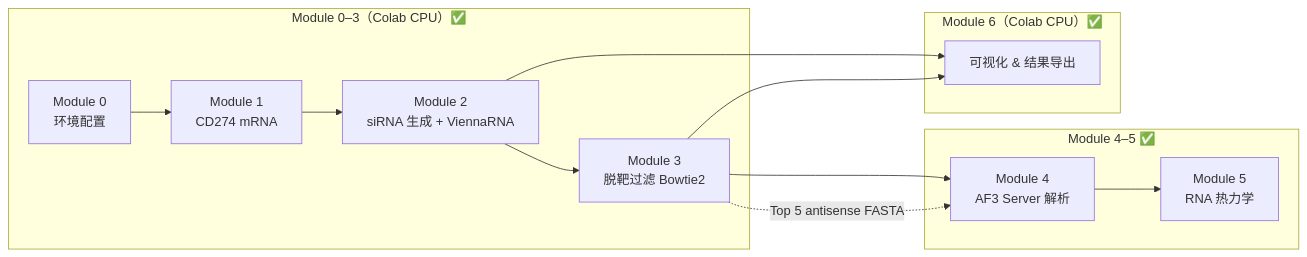
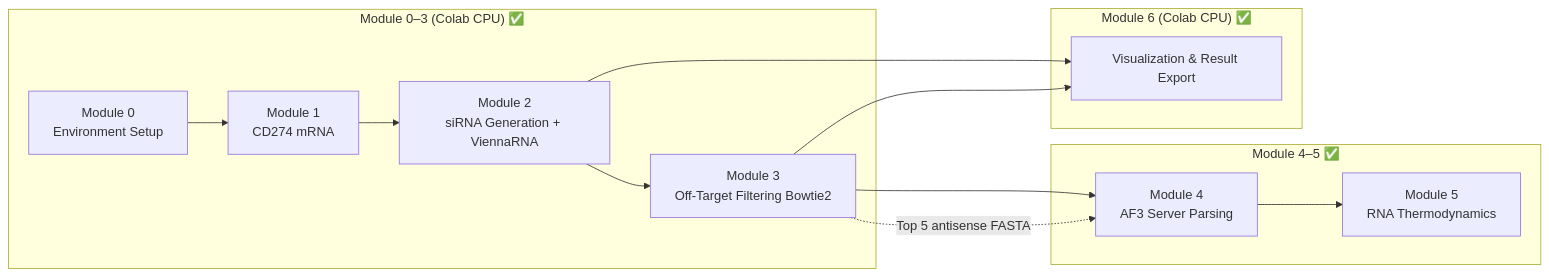
Before and after one commit to Tepeng0213/OmniScreen-AI: the diagram in docs/workflows/NA_MODULES.md, drawn with Mermaid. The commit also changed other lines of this file and 16 other files, not shown here.

````diff
--- a/docs/workflows/NA_MODULES.md
+++ b/docs/workflows/NA_MODULES.md
@@ -48,24 +48,24 @@
 ```mermaid
 flowchart LR
-    subgraph M0_3["Module 0–3（Colab CPU）✅"]
-        M0[Module 0<br/>环境配置]
+    subgraph M0_3["Module 0–3 (Colab CPU) ✅"]
+        M0[Module 0<br/>Environment Setup]
         M1[Module 1<br/>CD274 mRNA]
-        M2[Module 2<br/>siRNA 生成 + ViennaRNA]
-        M3[Module 3<br/>脱靶过滤 Bowtie2]
+        M2[Module 2<br/>siRNA Generation + ViennaRNA]
+        M3[Module 3<br/>Off-Target Filtering Bowtie2]
         M0 --> M1 --> M2 --> M3
     end
 
     subgraph M4_5["Module 4–5 ✅"]
-        M4[Module 4<br/>AF3 Server 解析]
-        M5[Module 5<br/>RNA 热力学]
+        M4[Module 4<br/>AF3 Server Parsing]
+        M5[Module 5<br/>RNA Thermodynamics]
         M3 --> M4 --> M5
     end
 
-    subgraph M6b["Module 6（Colab CPU）✅"]
-        M6[可视化 & 结果导出]
+    subgraph M6b["Module 6 (Colab CPU) ✅"]
+        M6[Visualization & Result Export]
         M2 --> M6
         M3 --> M6
     end
 
     M3 -.->|Top 5 antisense FASTA| M4
 ```
````
